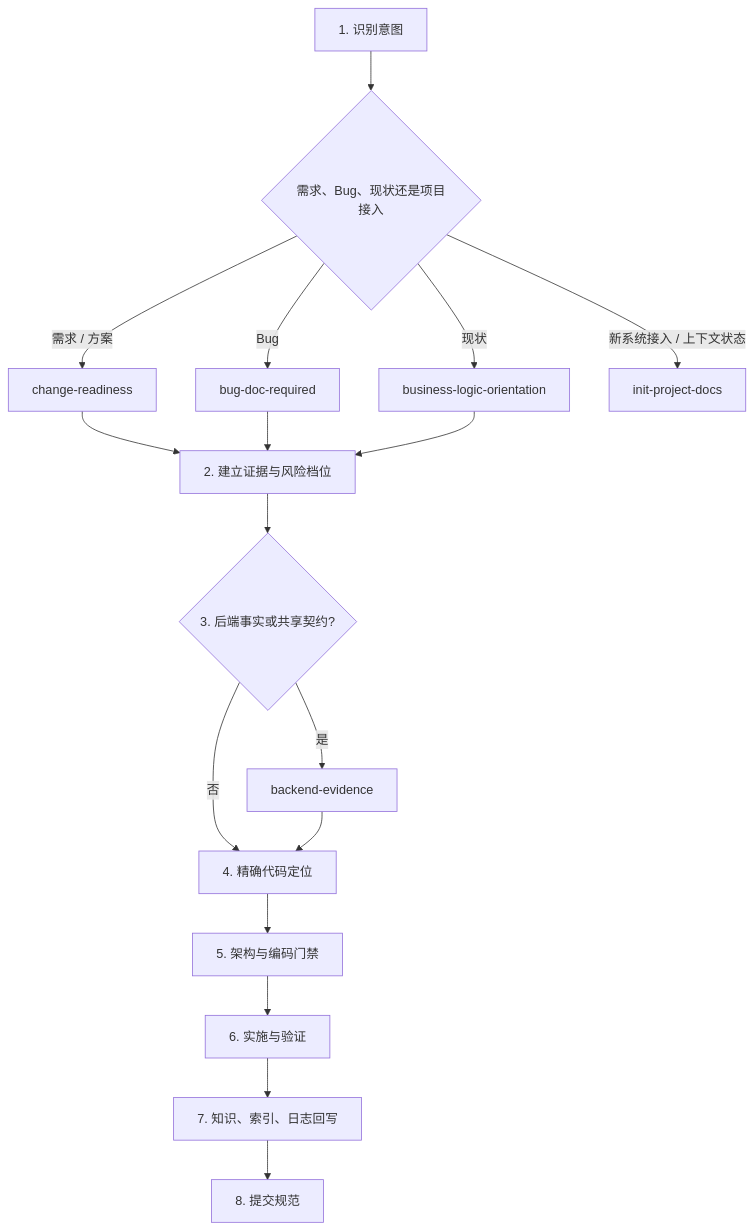
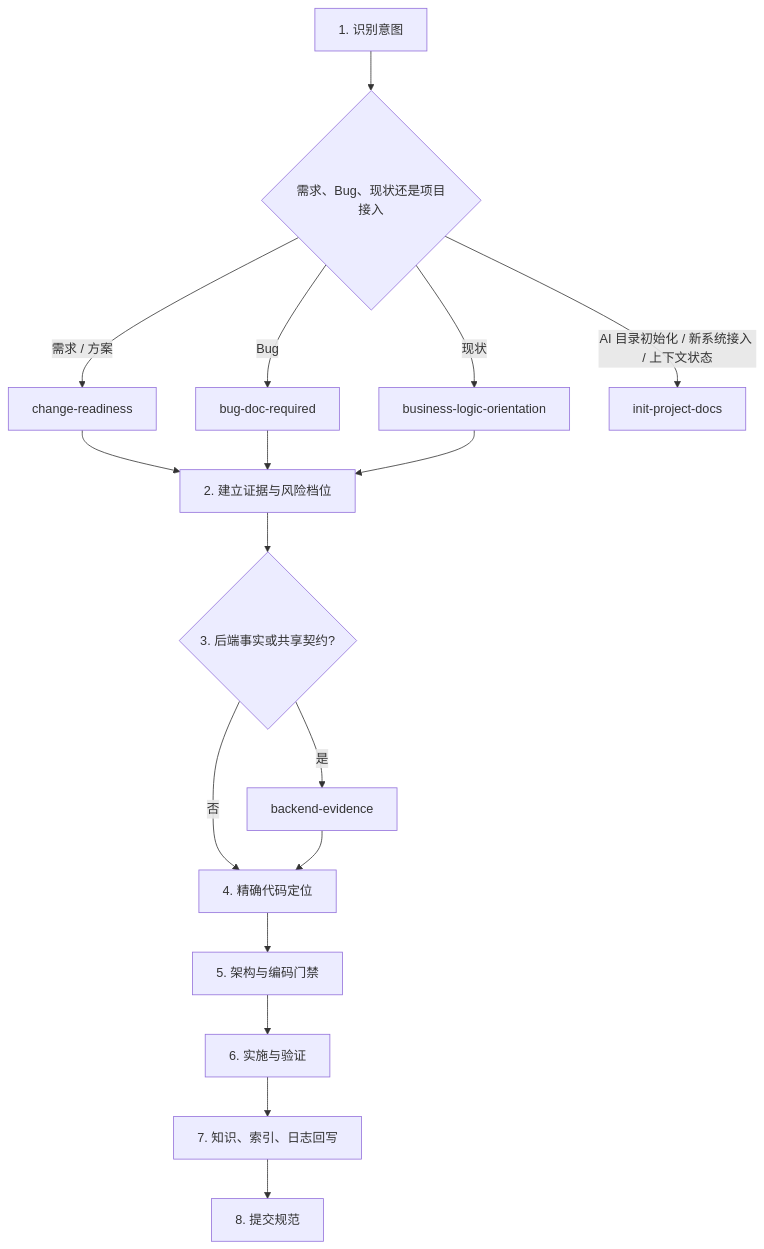
One commit to exception-coder/team-standards changed the first of 2 diagrams in docs/skill-flow.md. Above: the diagram before and after it, drawn with Mermaid. The commit also changed other lines of this file and 24 other files, not shown here.

````diff
--- a/docs/skill-flow.md
+++ b/docs/skill-flow.md
@@ -7,19 +7,19 @@
 ```mermaid
 flowchart TD
     A["1. 识别意图"] --> B{"需求、Bug、现状还是项目接入"}
     B -->|"需求 / 方案"| C["change-readiness"]
     B -->|"Bug"| D["bug-doc-required"]
     B -->|"现状"| E["business-logic-orientation"]
-    B -->|"新系统接入 / 上下文状态"| F["init-project-docs"]
+    B -->|"AI 目录初始化 / 新系统接入 / 上下文状态"| F["init-project-docs"]
     C --> G["2. 建立证据与风险档位"]
     D --> G
     E --> G
     G --> H{"3. 后端事实或共享契约?"}
     H -->|"是"| I["backend-evidence"]
     H -->|"否"| J["4. 精确代码定位"]
     I --> J
     J --> K["5. 架构与编码门禁"]
     K --> L["6. 实施与验证"]
     L --> M["7. 知识、索引、日志回写"]
     M --> N["8. 提交规范"]
 ```
````
